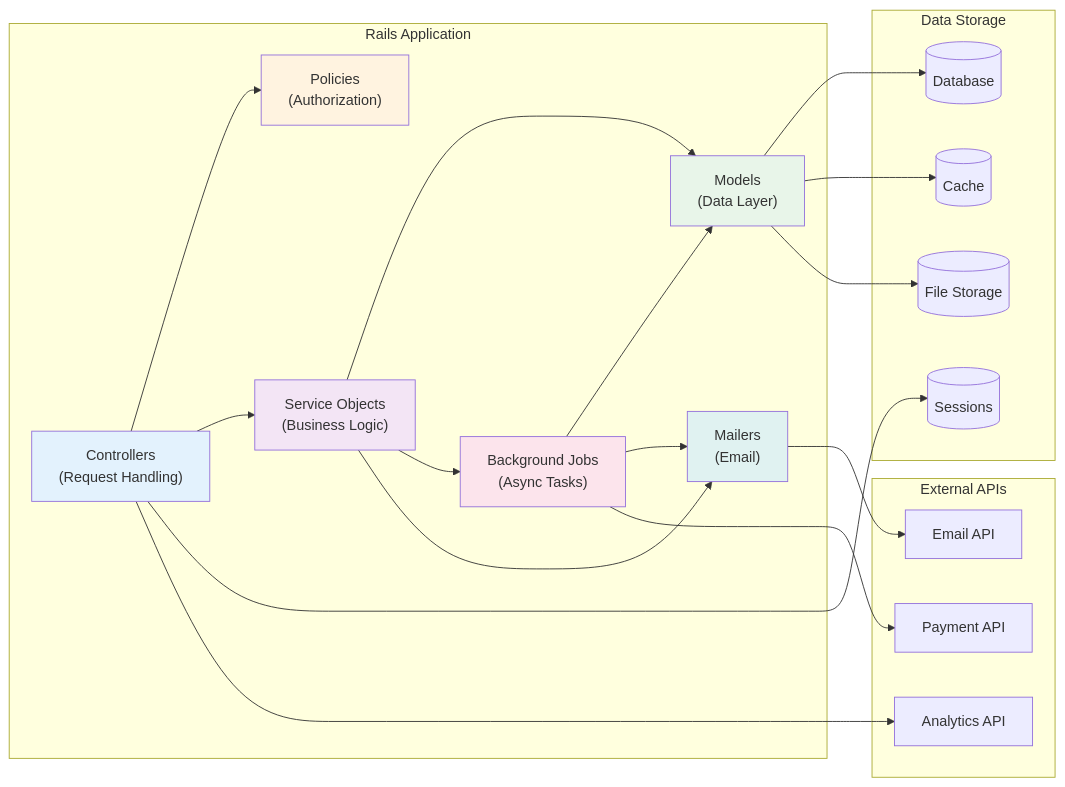
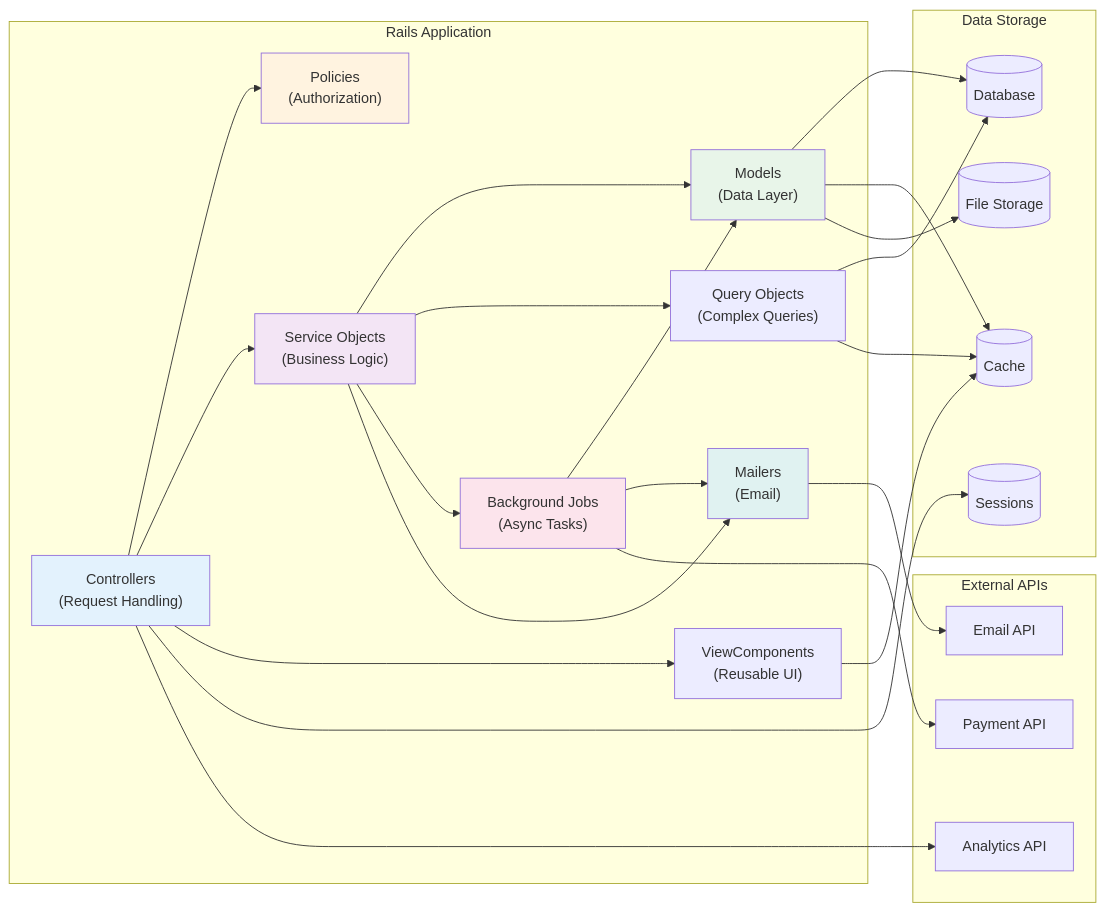
Before and after one commit to ashack/portfolio: the fourth of 13 diagrams in docs/architecture/diagrams/system-overview.md, drawn with Mermaid. The commit also changed other lines of this file and 15 other files, not shown here.

````diff
--- a/docs/architecture/diagrams/system-overview.md
+++ b/docs/architecture/diagrams/system-overview.md
@@ -151,49 +202,56 @@
 ```mermaid
 graph LR
     subgraph "Rails Application"
         Controller["Controllers<br/>(Request Handling)"]
         Service["Service Objects<br/>(Business Logic)"]
         Model["Models<br/>(Data Layer)"]
         Policy["Policies<br/>(Authorization)"]
         Job["Background Jobs<br/>(Async Tasks)"]
         Mailer["Mailers<br/>(Email)"]
+        Query["Query Objects<br/>(Complex Queries)"]
+        ViewComp["ViewComponents<br/>(Reusable UI)"]
     end
     
     subgraph "Data Storage"
         DB[(Database)]
         Cache[(Cache)]
         Session[(Sessions)]
         Files[(File Storage)]
     end
     
     subgraph "External APIs"
         Payment[Payment API]
         Email[Email API]
         Analytics[Analytics API]
     end
     
     Controller --> Policy
     Controller --> Service
+    Controller --> ViewComp
     Service --> Model
+    Service --> Query
     Service --> Job
     Service --> Mailer
     
     Model --> DB
+    Query --> DB
+    Query --> Cache
     Model --> Cache
     Controller --> Session
     
     Job --> Model
     Job --> Mailer
     Job --> Payment
     
     Mailer --> Email
     Controller --> Analytics
     Model --> Files
+    ViewComp --> Cache
     
     style Controller fill:#e3f2fd
     style Service fill:#f3e5f5
     style Model fill:#e8f5e9
     style Policy fill:#fff3e0
     style Job fill:#fce4ec
     style Mailer fill:#e0f2f1
 ```
````
